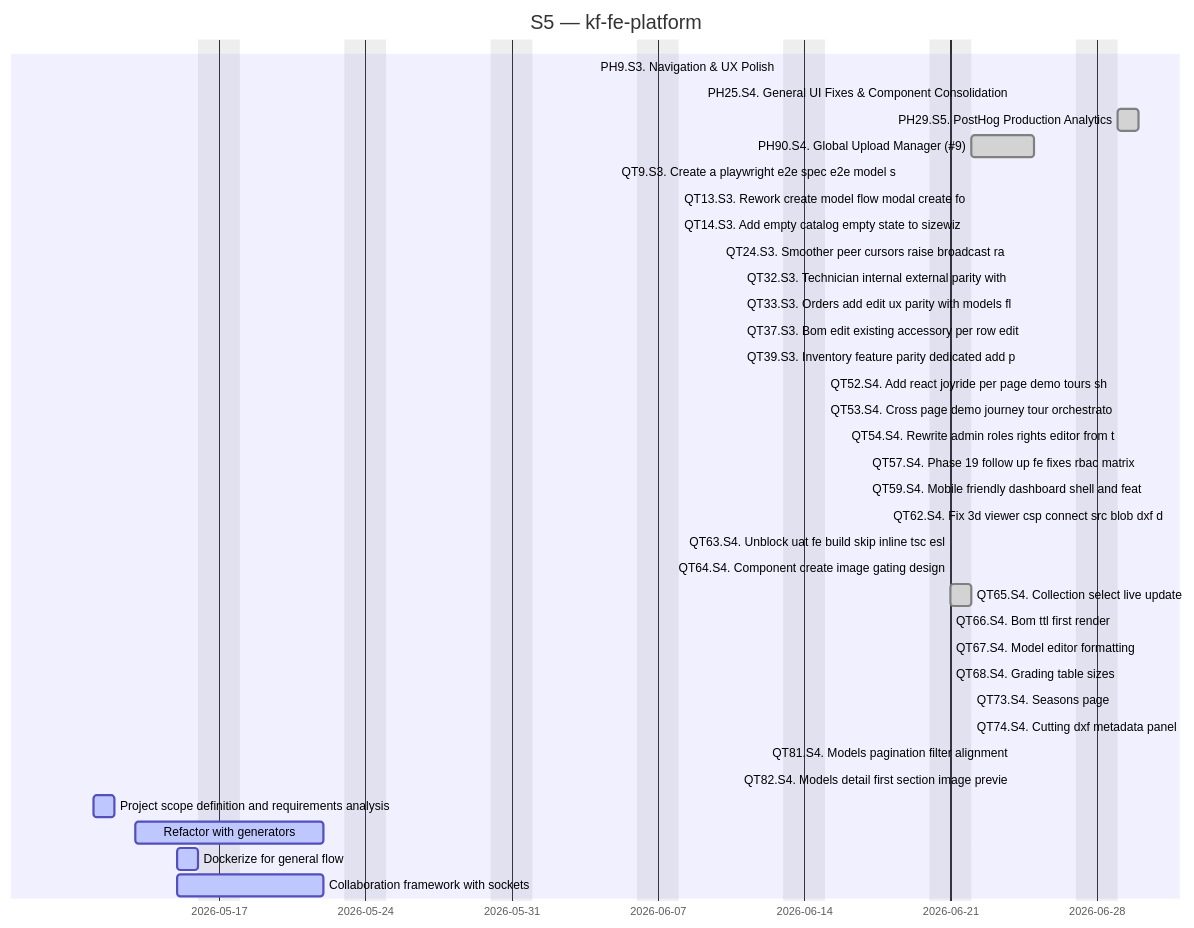
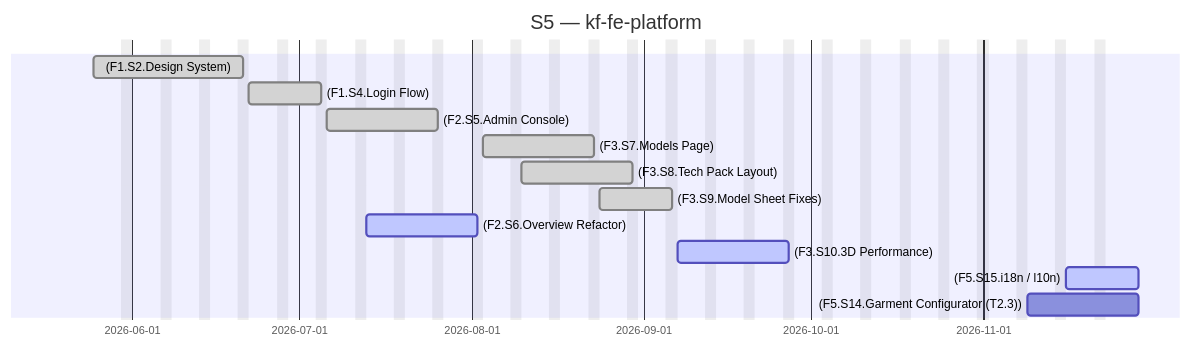
Before and after one commit to Katty-Fashion/kf-cpto: the diagram in docs/_projects/kf-fe-platform.md, drawn with Mermaid. The commit also changed other lines of this file and 12 other files, not shown here.

````diff
--- a/docs/_projects/kf-fe-platform.md
+++ b/docs/_projects/kf-fe-platform.md
@@ -124,39 +80,17 @@
 ```mermaid
 gantt
     title S5 — kf-fe-platform
     dateFormat YYYY-MM-DD
     excludes weekends
 
-    PH9.S3. Navigation & UX Polish :done, 2026-06-04, 2026-06-04
-    PH25.S4. General UI Fixes & Component Consolidation :done, 2026-06-24, 2026-06-24
-    PH29.S5. PostHog Production Analytics :done, 2026-06-29, 2026-06-30
-    PH90.S4. Global Upload Manager (#9) :done, 2026-06-22, 2026-06-25
-    QT9.S3. Create a playwright e2e spec e2e model s :done, 2026-06-05, 2026-06-05
-    QT13.S3. Rework create model flow modal create fo :done, 2026-06-08, 2026-06-08
-    QT14.S3. Add empty catalog empty state to sizewiz :done, 2026-06-08, 2026-06-08
-    QT24.S3. Smoother peer cursors raise broadcast ra :done, 2026-06-10, 2026-06-10
-    QT32.S3. Technician internal external parity with :done, 2026-06-11, 2026-06-11
-    QT33.S3. Orders add edit ux parity with models fl :done, 2026-06-11, 2026-06-11
-    QT37.S3. Bom edit existing accessory per row edit :done, 2026-06-11, 2026-06-11
-    QT39.S3. Inventory feature parity dedicated add p :done, 2026-06-11, 2026-06-11
-    QT52.S4. Add react joyride per page demo tours sh :done, 2026-06-15, 2026-06-15
-    QT53.S4. Cross page demo journey tour orchestrato :done, 2026-06-15, 2026-06-15
-    QT54.S4. Rewrite admin roles rights editor from t :done, 2026-06-16, 2026-06-16
-    QT57.S4. Phase 19 follow up fe fixes rbac matrix :done, 2026-06-17, 2026-06-17
-    QT59.S4. Mobile friendly dashboard shell and feat :done, 2026-06-17, 2026-06-17
-    QT62.S4. Fix 3d viewer csp connect src blob dxf d :done, 2026-06-18, 2026-06-18
-    QT63.S4. Unblock uat fe build skip inline tsc esl :done, 2026-06-21, 2026-06-21
-    QT64.S4. Component create image gating design :done, 2026-06-21, 2026-06-21
-    QT65.S4. Collection select live update :done, 2026-06-21, 2026-06-22
-    QT66.S4. Bom ttl first render :done, 2026-06-21, 2026-06-21
-    QT67.S4. Model editor formatting :done, 2026-06-21, 2026-06-21
-    QT68.S4. Grading table sizes :done, 2026-06-21, 2026-06-21
-    QT73.S4. Seasons page :done, 2026-06-22, 2026-06-22
-    QT74.S4. Cutting dxf metadata panel :done, 2026-06-22, 2026-06-22
-    QT81.S4. Models pagination filter alignment :done, 2026-06-24, 2026-06-24
-    QT82.S4. Models detail first section image previe :done, 2026-06-24, 2026-06-24
-    Project scope definition and requirements analysis :active, 2026-05-11, 2026-05-12
-    Refactor with generators :active, 2026-05-13, 2026-05-22
-    Dockerize for general flow :active, 2026-05-15, 2026-05-16
-    Collaboration framework with sockets :active, 2026-05-15, 2026-05-22
+    (F1.S2.Design System) :done, 2026-05-25, 2026-06-21
+    (F1.S4.Login Flow) :done, 2026-06-22, 2026-07-05
+    (F2.S5.Admin Console) :done, 2026-07-06, 2026-07-26
+    (F3.S7.Models Page) :done, 2026-08-03, 2026-08-23
+    (F3.S8.Tech Pack Layout) :done, 2026-08-10, 2026-08-30
+    (F3.S9.Model Sheet Fixes) :done, 2026-08-24, 2026-09-06
+    (F2.S6.Overview Refactor) :active, 2026-07-13, 2026-08-02
+    (F3.S10.3D Performance) :active, 2026-09-07, 2026-09-27
+    (F5.S15.i18n / l10n) :active, 2026-11-16, 2026-11-29
+    (F5.S14.Garment Configurator (T2.3)) :2026-11-09, 2026-11-29
 ```
````
